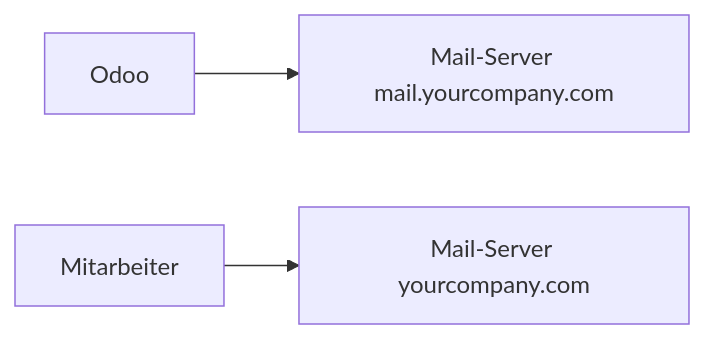
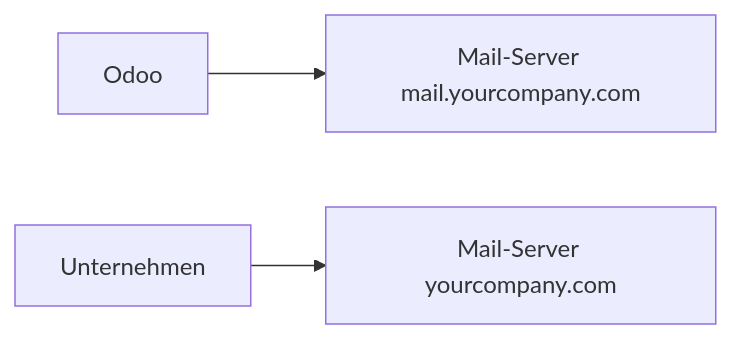
The fifth of 7 diagrams in content/de/blog/posts/e-mails-mit-odoo-versenden-und-empfangen.md (Mint-System/Website), drawn with Mermaid before and after one commit. The commit also changed other lines of this file, not shown here.

````diff
--- a/content/de/blog/posts/e-mails-mit-odoo-versenden-und-empfangen.md
+++ b/content/de/blog/posts/e-mails-mit-odoo-versenden-und-empfangen.md
@@ -68,5 +69,5 @@
 ```mermaid
 graph LR
     A[Odoo] --> B[Mail-Server mail.yourcompany.com] 
-    C[Mitarbeiter] --> D[Mail-Server yourcompany.com] 
+    C[Unternehmen] --> D[Mail-Server yourcompany.com] 
 ```
````
